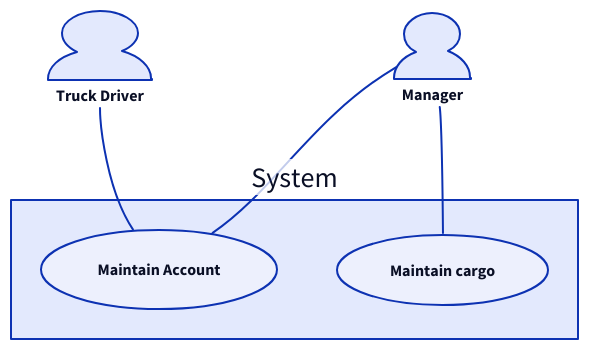
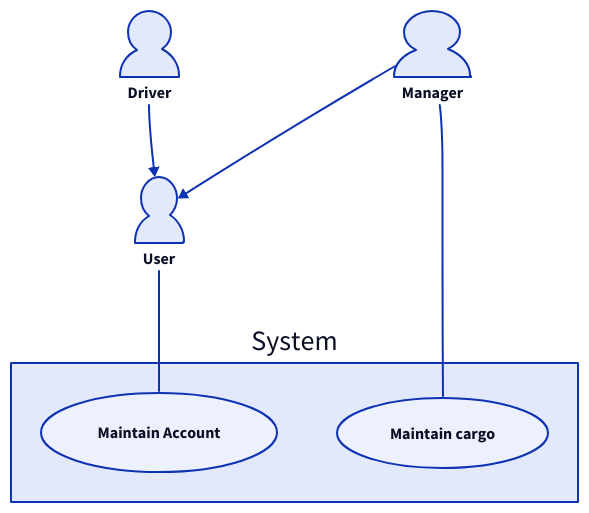
Before and after one commit to pedroteixeira01/delivery-manager: the diagram in docs/use_case_diagram.d2, drawn with D2.

Commit message:
Update use case diagram

```diff
--- a/docs/use_case_diagram.d2
+++ b/docs/use_case_diagram.d2
@@ -1,23 +1,28 @@
 sys: System{
     shape: rectangle
 }
 
-td: Truck Driver {
+us: User {
+    shape: person
+}
+
+td: Driver {
     shape: person    
 }
 
 mn: Manager {
     shape: person
 }
 
 sys.uc1: Maintain Account {
     shape: oval
 }
 sys.uc2: Maintain cargo {
     shape: oval
 }
 
-td -- sys.uc1
+td -> us <- mn
 
-mn -- sys.uc1
+us -- sys.uc1
+
 mn -- sys.uc2
```
